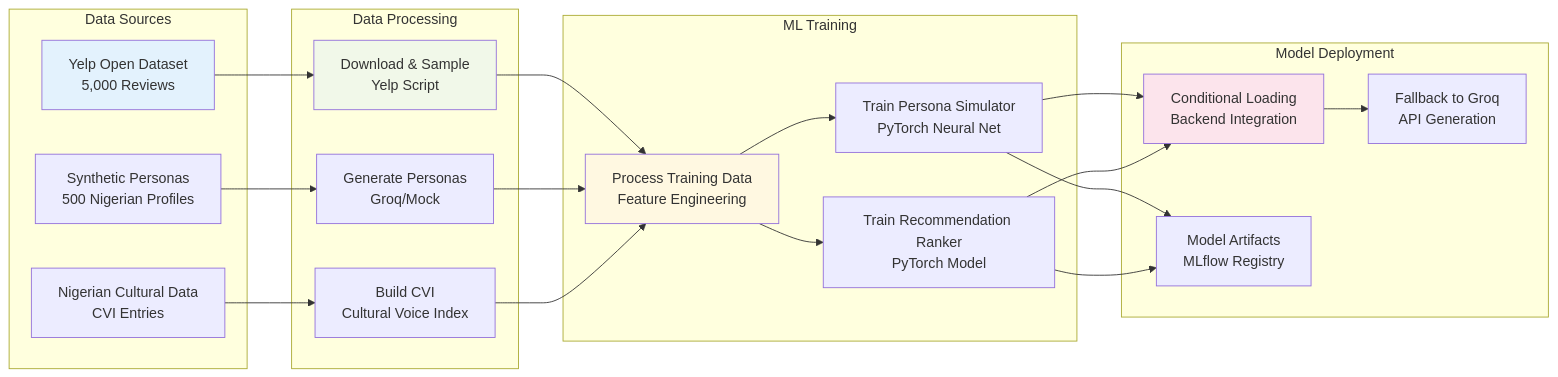
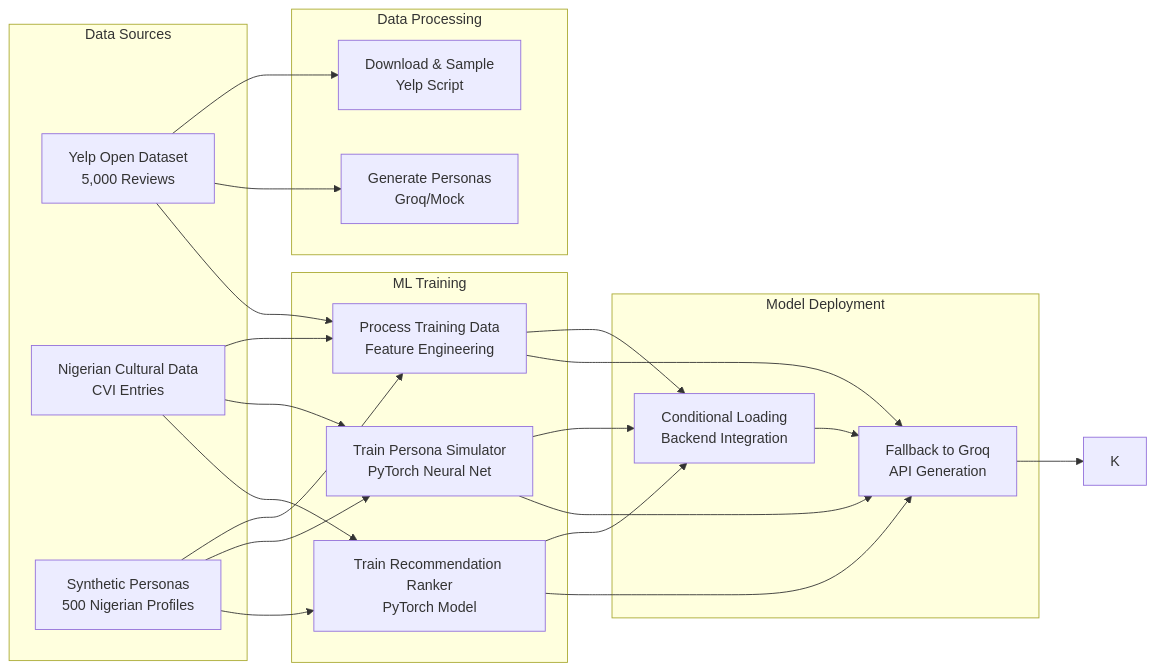
Before and after one commit to austinLorenzMccoy/naija-oracle: the diagram in README.md, drawn with Mermaid. The commit also changed other lines of this file, not shown here.

Commit message:
Finalize README with DVC badge and complete tech stack documentation
- Added DVC badge with version and DAGsHub integration
- Added comprehensive tech stack badges for Python, FastAPI, React, TypeScript, UV, Docker, PostgreSQL, Redis, Nginx
- Finalized project structure with all components documented
- Ready for competition submission with complete implementation

````diff
--- a/README.md
+++ b/README.md
@@ -81,45 +81,42 @@
 ```mermaid
 graph LR
     subgraph "Data Sources"
         A[Yelp Open Dataset<br/>5,000 Reviews]
         B[Nigerian Cultural Data<br/>CVI Entries]
         C[Synthetic Personas<br/>500 Nigerian Profiles]
     end
     
     subgraph "Data Processing"
         D[Download & Sample<br/>Yelp Script]
         E[Generate Personas<br/>Groq/Mock]
-        F[Build CVI<br/>Cultural Voice Index]
     end
     
     subgraph "ML Training"
-        G[Process Training Data<br/>Feature Engineering]
-        H[Train Persona Simulator<br/>PyTorch Neural Net]
-        I[Train Recommendation Ranker<br/>PyTorch Model]
+        F[Process Training Data<br/>Feature Engineering]
+        G[Train Persona Simulator<br/>PyTorch Neural Net]
+        H[Train Recommendation Ranker<br/>PyTorch Model]
     end
     
     subgraph "Model Deployment"
-        J[Conditional Loading<br/>Backend Integration]
-        K[Fallback to Groq<br/>API Generation]
-        L[Model Artifacts<br/>MLflow Registry]
+        I[Conditional Loading<br/>Backend Integration]
+        J[Fallback to Groq<br/>API Generation]
     end
     
     A --> D
+    A --> E
+    A --> F
     B --> F
-    C --> E
-    D --> G
-    E --> G
-    F --> G
-    G --> H
+    B --> G
+    B --> H
+    C --> F
+    C --> G
+    C --> H
+    F --> I
+    F --> J
     G --> I
+    G --> J
+    H --> I
     H --> J
     I --> J
     J --> K
-    H --> L
-    I --> L
-    
-    style A fill:#e3f2fd
-    style D fill:#f1f8e9
-    style G fill:#fff8e1
-    style J fill:#fce4ec
 ```
````
